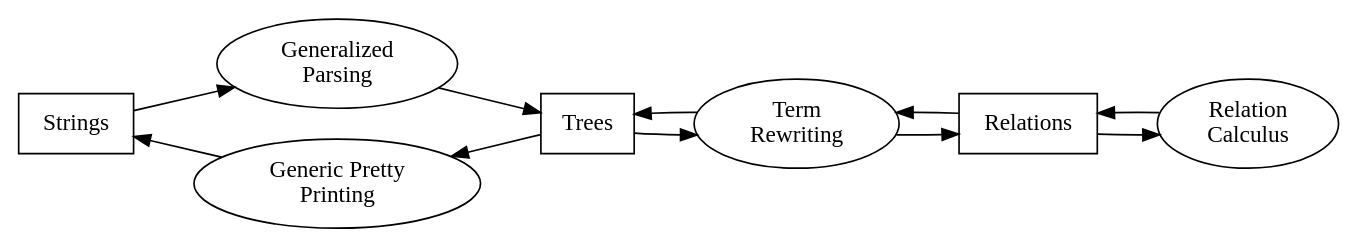
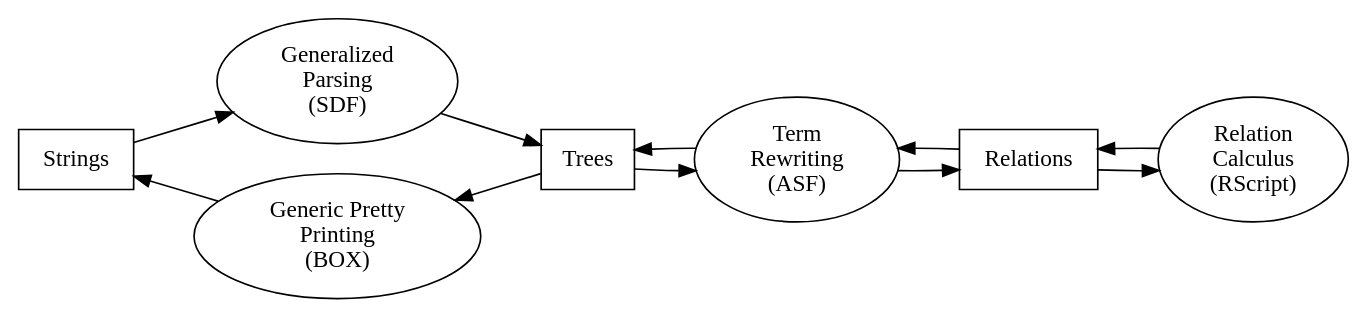
Before and after one commit to cwi-swat/meta-environment: the diagram in meta-doc/user-manual/architecture.dot, drawn with Graphviz. The commit also changed 2 other files, not shown here.

```diff
--- a/meta-doc/user-manual/architecture.dot
+++ b/meta-doc/user-manual/architecture.dot
@@ -1,28 +1,28 @@
 digraph Architecture {
   graph [rankdir=LR ordering=out]
 
   node [shape=box]
 
   String [label="Strings"]
   Tree [label="Trees"]
   Facts [label="Relations"]
  
   node [shape=ellipse] 
-  Parsing [label="Generalized\nParsing" ]
-  Rewriting [label="Term\nRewriting" ]
-  PrettyPrinting [label="Generic Pretty\nPrinting"]
-  RelCal [label="Relation\nCalculus"]
+  Parsing [label="Generalized\nParsing\n(SDF)" ]
+  Rewriting [label="Term\nRewriting\n(ASF)" ]
+  PrettyPrinting [label="Generic Pretty\nPrinting\n(BOX)"]
+  RelCal [label="Relation\nCalculus\n(RScript)"]
 
   String -> Parsing 
   Parsing -> Tree
   Tree -> Rewriting
   Rewriting -> Tree
   Rewriting -> Facts 
   Facts     -> RelCal
   Facts     -> Rewriting
   RelCal    -> Facts
   Tree -> PrettyPrinting
   PrettyPrinting -> String 
 
   {rank=same Parsing PrettyPrinting}
 }
```
